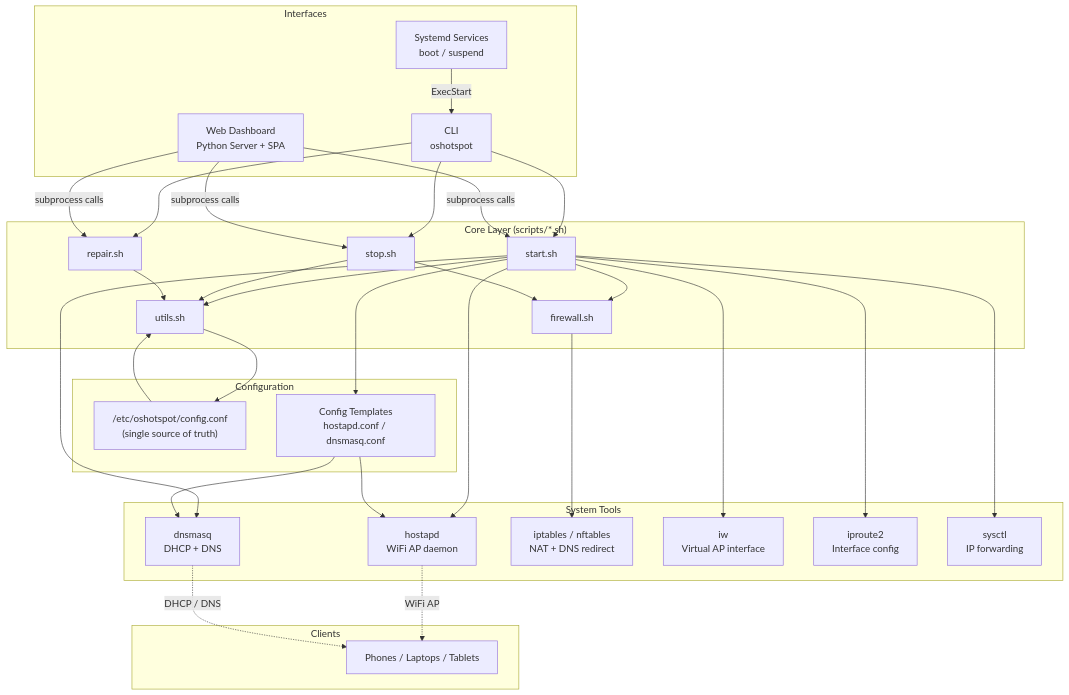
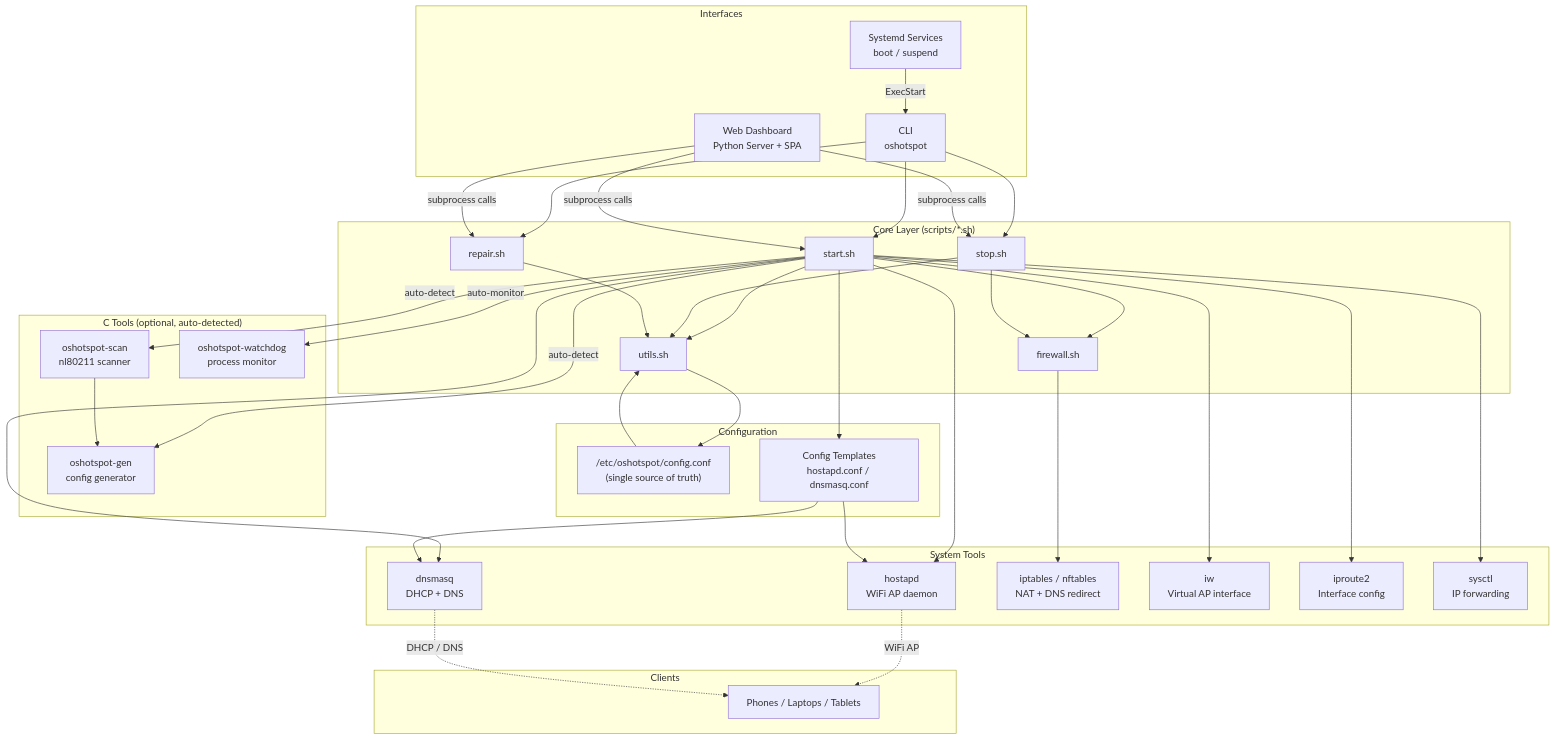
The first of 9 diagrams in ARCHITECTURE.md (King03-sam/OSHotspot), drawn with Mermaid before and after one commit. The commit also changed other lines of this file and 9 other files, not shown here.

First line of the commit message:
feat: add C tools for WiFi scanning, adaptive config, and watchdog

````diff
--- a/ARCHITECTURE.md
+++ b/ARCHITECTURE.md
@@ -9,50 +9,60 @@
 ```mermaid
 graph TB
     subgraph Interfaces
         CLI[CLI<br/>oshotspot]
         WEB[Web Dashboard<br/>Python Server + SPA]
         SYSD[Systemd Services<br/>boot / suspend]
+    end
+
+    subgraph CTools["C Tools (optional, auto-detected)"]
+        SCAN[oshotspot-scan<br/>nl80211 scanner]
+        GEN[oshotspot-gen<br/>config generator]
+        WD[oshotspot-watchdog<br/>process monitor]
     end
 
     subgraph Core["Core Layer (scripts/*.sh)"]
         START[start.sh]
         STOP[stop.sh]
         REPAIR[repair.sh]
         UTILS[utils.sh]
         FW[firewall.sh]
     end
 
     subgraph Config["Configuration"]
         CONF["/etc/oshotspot/config.conf<br/>(single source of truth)"]
         TPLS["Config Templates<br/>hostapd.conf / dnsmasq.conf"]
     end
 
     subgraph System["System Tools"]
         HOSTAPD[hostapd<br/>WiFi AP daemon]
         DNSMASQ[dnsmasq<br/>DHCP + DNS]
         IPTABLES[iptables / nftables<br/>NAT + DNS redirect]
         IW[iw<br/>Virtual AP interface]
         IP[iproute2<br/>Interface config]
         SYSCTL[sysctl<br/>IP forwarding]
     end
 
     subgraph Clients
         PHONES[Phones / Laptops / Tablets]
     end
 
     CLI --> START & STOP & REPAIR
     WEB -->|"subprocess calls"| START & STOP & REPAIR
     SYSD -->|"ExecStart"| CLI
 
     START & STOP & REPAIR --> UTILS
     START --> FW --> IPTABLES
     STOP --> FW
     START --> HOSTAPD & DNSMASQ & IW & IP & SYSCTL
 
     UTILS --> CONF
     START --> TPLS --> HOSTAPD & DNSMASQ
     CONF --> UTILS
 
+    START -->|"auto-detect"| SCAN & GEN
+    START -->|"auto-monitor"| WD
+    SCAN --> GEN
+
     HOSTAPD -.->|WiFi AP| PHONES
     DNSMASQ -.->|DHCP / DNS| PHONES
 ```
````
